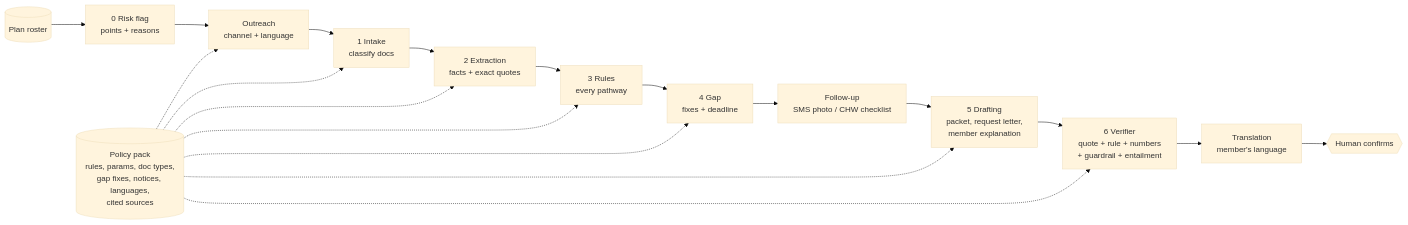
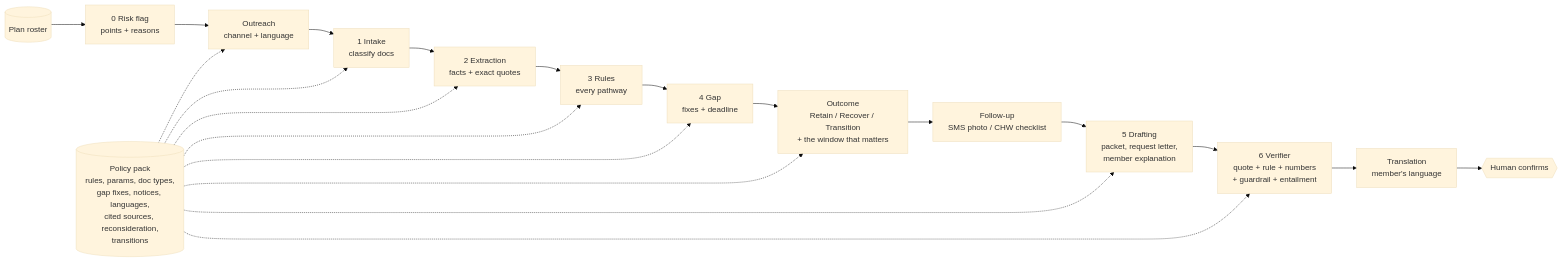
One commit to VisistaJayanti/DS-X-Hackathon-26 changed the diagram in README.md. Above: the diagram before and after it, drawn with Mermaid (base theme). The commit also changed other lines of this file and 157 other files, not shown here.

Commit message:
Retain, Recover, Transition: reconsideration window, next-coverage transitions, plan groups, eval

````diff
--- a/README.md
+++ b/README.md
@@ -32,15 +44,16 @@
 ```mermaid
 flowchart LR
   R[(Plan roster)] --> RF[0 Risk flag<br/>points + reasons]
   RF --> OUT[Outreach<br/>channel + language]
   OUT --> IN[1 Intake<br/>classify docs]
   IN --> EX[2 Extraction<br/>facts + exact quotes]
   EX --> RU[3 Rules<br/>every pathway]
   RU --> GA[4 Gap<br/>fixes + deadline]
-  GA --> FU[Follow-up<br/>SMS photo / CHW checklist]
+  GA --> OC[Outcome<br/>Retain / Recover / Transition<br/>+ the window that matters]
+  OC --> FU[Follow-up<br/>SMS photo / CHW checklist]
   FU --> DR[5 Drafting<br/>packet, request letter,<br/>member explanation]
   DR --> VE[6 Verifier<br/>quote + rule + numbers<br/>+ guardrail + entailment]
   VE --> TR[Translation<br/>member's language]
   TR --> H{{Human confirms}}
-  P[(Policy pack<br/>rules, params, doc types,<br/>gap fixes, notices, languages,<br/>cited sources)] -.-> IN & EX & RU & GA & DR & VE & OUT
+  P[(Policy pack<br/>rules, params, doc types,<br/>gap fixes, notices, languages,<br/>cited sources, reconsideration,<br/>transitions)] -.-> IN & EX & RU & GA & OC & DR & VE & OUT
 ```
````
